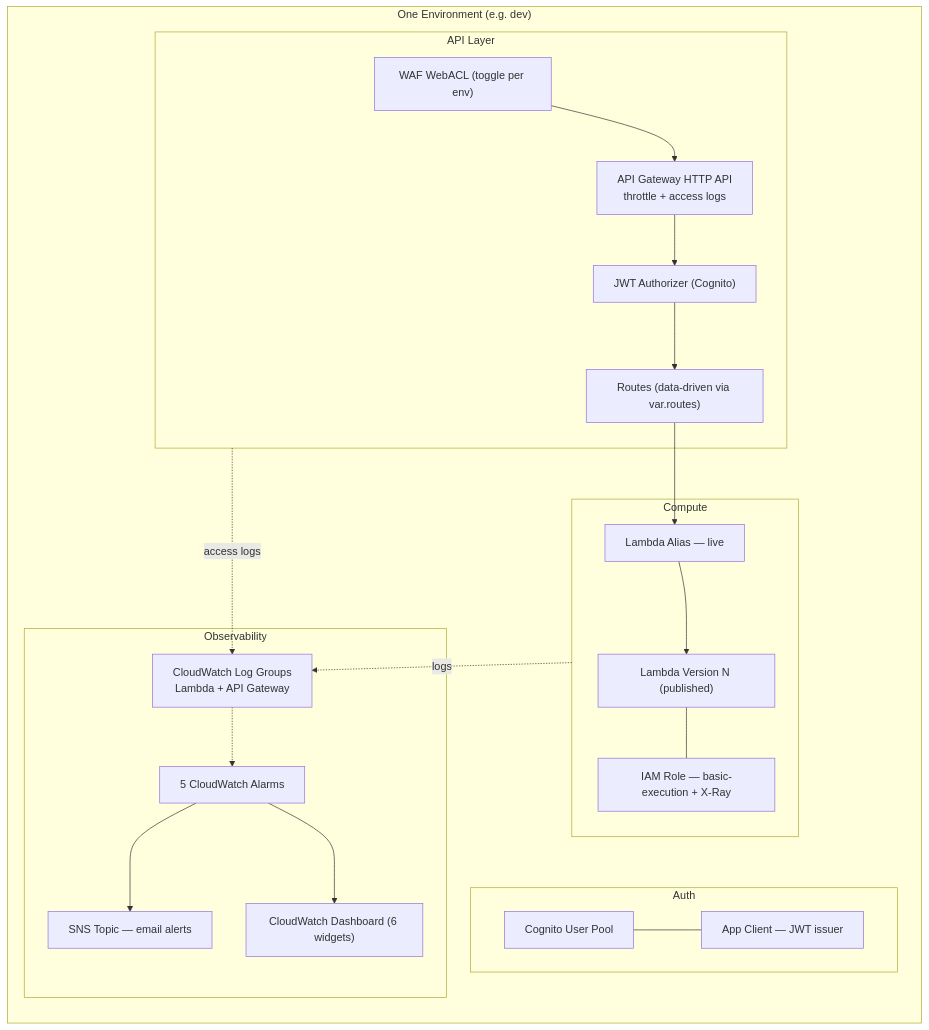
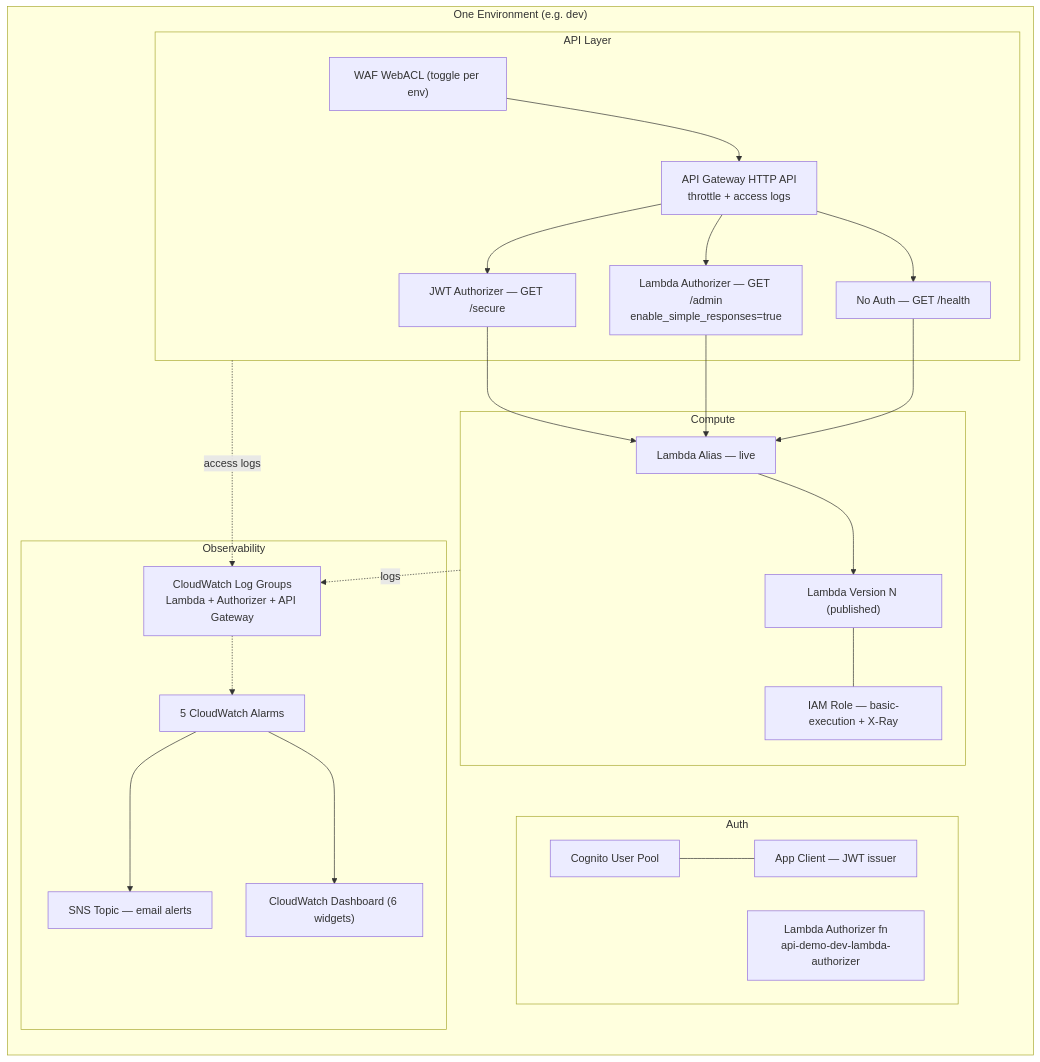
The fourth of 4 diagrams in README.md (sureshullagaddi/api-gateway-terraform), drawn with Mermaid before and after one commit. The commit also changed other lines of this file and 4 other files, not shown here.

Commit message:
feat: realistic banking API — customer portal (JWT) + partner B2B (custom auth)

````diff
--- a/README.md
+++ b/README.md
@@ -129,34 +129,39 @@
 ```mermaid
 graph LR
     subgraph ENV["One Environment (e.g. dev)"]
         subgraph AUTH["Auth"]
             UP["Cognito User Pool"]
             CLIENT["App Client — JWT issuer"]
             UP --- CLIENT
+            AUTHFN["Lambda Authorizer fn\napi-demo-dev-lambda-authorizer"]
         end
         subgraph COMPUTE["Compute"]
             ALIAS["Lambda Alias — live"]
             VER["Lambda Version N (published)"]
             ALIAS --> VER
             ROLE["IAM Role — basic-execution + X-Ray"]
             VER --- ROLE
         end
         subgraph API["API Layer"]
             WAF2["WAF WebACL (toggle per env)"]
             GW["API Gateway HTTP API\nthrottle + access logs"]
-            JWTAUTH["JWT Authorizer (Cognito)"]
-            ROUTE["Routes (data-driven via var.routes)"]
-            WAF2 --> GW --> JWTAUTH --> ROUTE --> ALIAS
+            JWTAUTH["JWT Authorizer — GET /secure"]
+            LAMBDAAUTH["Lambda Authorizer — GET /admin\nenable_simple_responses=true"]
+            PUBRT["No Auth — GET /health"]
+            WAF2 --> GW
+            GW --> JWTAUTH --> ALIAS
+            GW --> LAMBDAAUTH --> ALIAS
+            GW --> PUBRT --> ALIAS
         end
         subgraph OBS["Observability"]
-            LOGGRP["CloudWatch Log Groups\nLambda + API Gateway"]
+            LOGGRP["CloudWatch Log Groups\nLambda + Authorizer + API Gateway"]
             ALARMS["5 CloudWatch Alarms"]
             DASH["CloudWatch Dashboard (6 widgets)"]
             SNS["SNS Topic — email alerts"]
             ALARMS --> SNS
         end
         COMPUTE -.->|logs| LOGGRP
         API -.->|access logs| LOGGRP
         LOGGRP -.-> ALARMS --> DASH
     end
 ```
````
